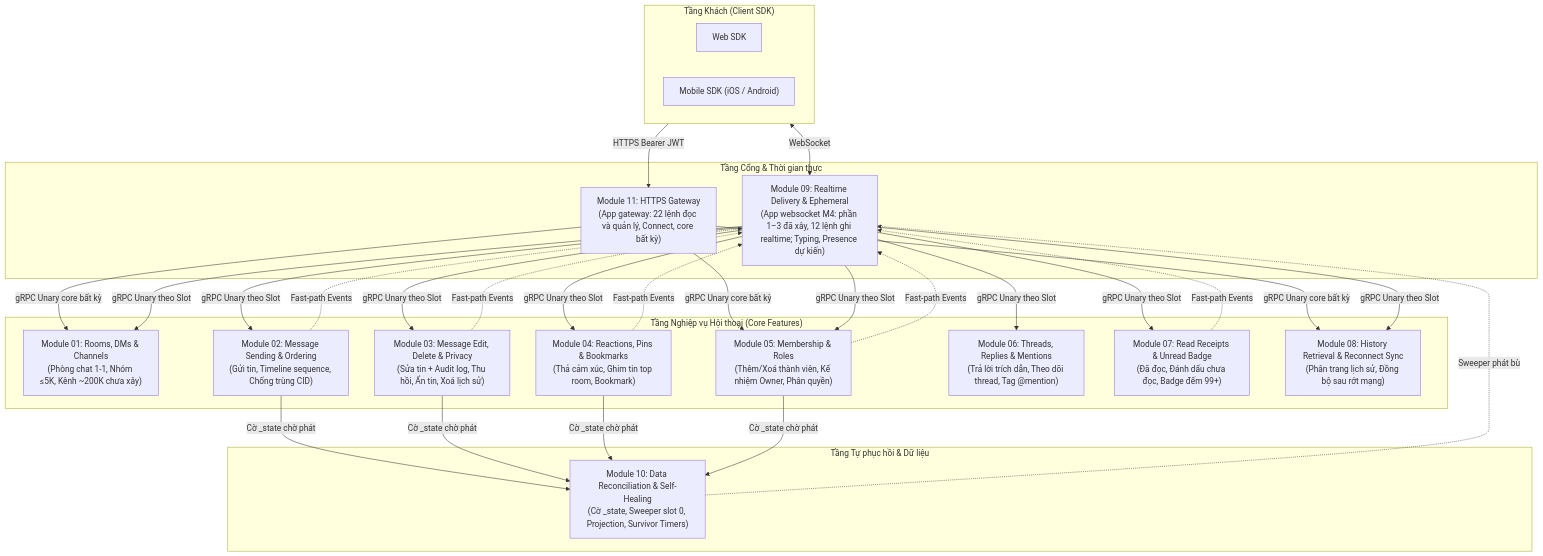
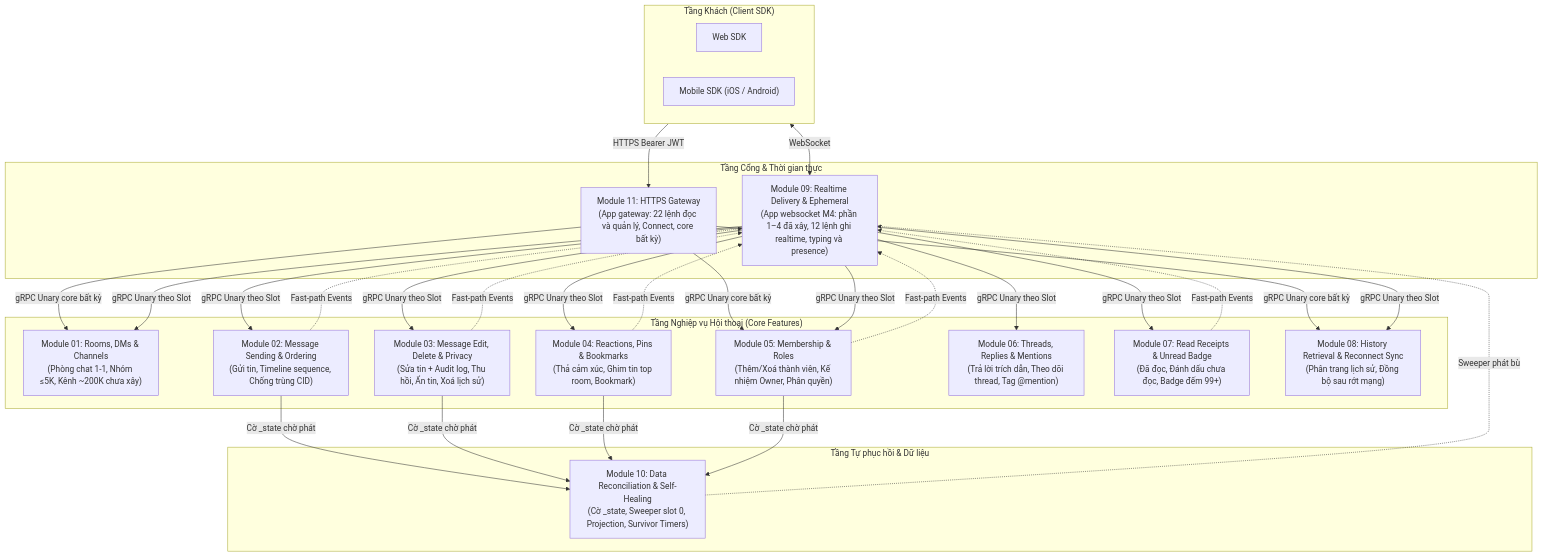
One commit to ivannguyendev/chatim changed the first of 2 diagrams in docs/modules/README.md. Above: the diagram before and after it, drawn with Mermaid. The commit also changed 9 other files, not shown here.

First line of the commit message:
docs: record typing and presence

````diff
--- a/docs/modules/README.md
+++ b/docs/modules/README.md
@@ -13,53 +13,53 @@
 ```mermaid
 flowchart TD
     subgraph Client["Tầng Khách (Client SDK)"]
         Web["Web SDK"]
         Mobile["Mobile SDK (iOS / Android)"]
     end
 
     subgraph Entry["Tầng Cổng & Thời gian thực"]
-        M09["Module 09: Realtime Delivery & Ephemeral<br/>(App websocket M4: phần 1–3 đã xây, 12 lệnh ghi realtime; Typing, Presence dự kiến)"]
+        M09["Module 09: Realtime Delivery & Ephemeral<br/>(App websocket M4: phần 1–4 đã xây, 12 lệnh ghi realtime, typing và presence)"]
         M11["Module 11: HTTPS Gateway<br/>(App gateway: 22 lệnh đọc và quản lý, Connect, core bất kỳ)"]
     end
 
     subgraph CoreFeatures["Tầng Nghiệp vụ Hội thoại (Core Features)"]
         M01["Module 01: Rooms, DMs & Channels<br/>(Phòng chat 1-1, Nhóm ≤5K, Kênh ~200K chưa xây)"]
         M02["Module 02: Message Sending & Ordering<br/>(Gửi tin, Timeline sequence, Chống trùng CID)"]
         M03["Module 03: Message Edit, Delete & Privacy<br/>(Sửa tin + Audit log, Thu hồi, Ẩn tin, Xoá lịch sử)"]
         M04["Module 04: Reactions, Pins & Bookmarks<br/>(Thả cảm xúc, Ghim tin top room, Bookmark)"]
         M05["Module 05: Membership & Roles<br/>(Thêm/Xoá thành viên, Kế nhiệm Owner, Phân quyền)"]
         M06["Module 06: Threads, Replies & Mentions<br/>(Trả lời trích dẫn, Theo dõi thread, Tag @mention)"]
         M07["Module 07: Read Receipts & Unread Badge<br/>(Đã đọc, Đánh dấu chưa đọc, Badge đếm 99+)"]
         M08["Module 08: History Retrieval & Reconnect Sync<br/>(Phân trang lịch sử, Đồng bộ sau rớt mạng)"]
     end
 
     subgraph Resilience["Tầng Tự phục hồi & Dữ liệu"]
         M10["Module 10: Data Reconciliation & Self-Healing<br/>(Cờ _state, Sweeper slot 0, Projection, Survivor Timers)"]
     end
 
     Client <-->|WebSocket| M09
     Client -->|HTTPS Bearer JWT| M11
     M11 -->|gRPC Unary core bất kỳ| M01
     M11 -->|gRPC Unary core bất kỳ| M05
     M11 -->|gRPC Unary core bất kỳ| M08
     M09 -->|gRPC Unary theo Slot| M01
     M09 -->|gRPC Unary theo Slot| M02
     M09 -->|gRPC Unary theo Slot| M03
     M09 -->|gRPC Unary theo Slot| M04
     M09 -->|gRPC Unary theo Slot| M05
     M09 -->|gRPC Unary theo Slot| M06
     M09 -->|gRPC Unary theo Slot| M07
     M09 -->|gRPC Unary theo Slot| M08
 
     M02 -.->|Fast-path Events| M09
     M03 -.->|Fast-path Events| M09
     M04 -.->|Fast-path Events| M09
     M05 -.->|Fast-path Events| M09
     M07 -.->|Fast-path Events| M09
 
     M02 -->|Cờ _state chờ phát| M10
     M03 -->|Cờ _state chờ phát| M10
     M04 -->|Cờ _state chờ phát| M10
     M05 -->|Cờ _state chờ phát| M10
     M10 -.->|Sweeper phát bù| M09
 ```
````
